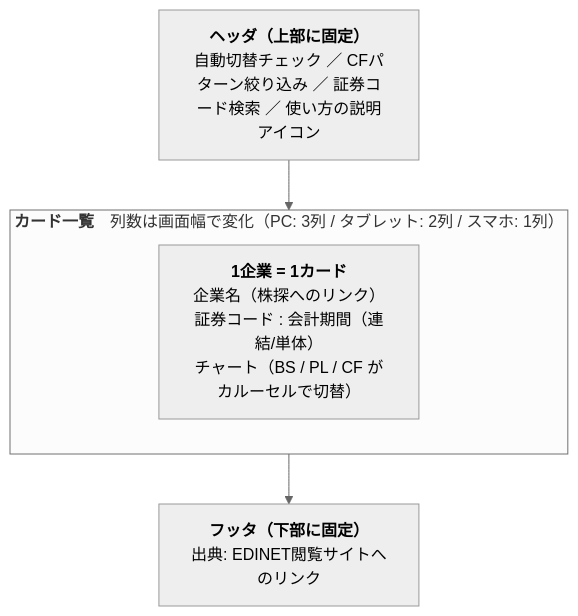
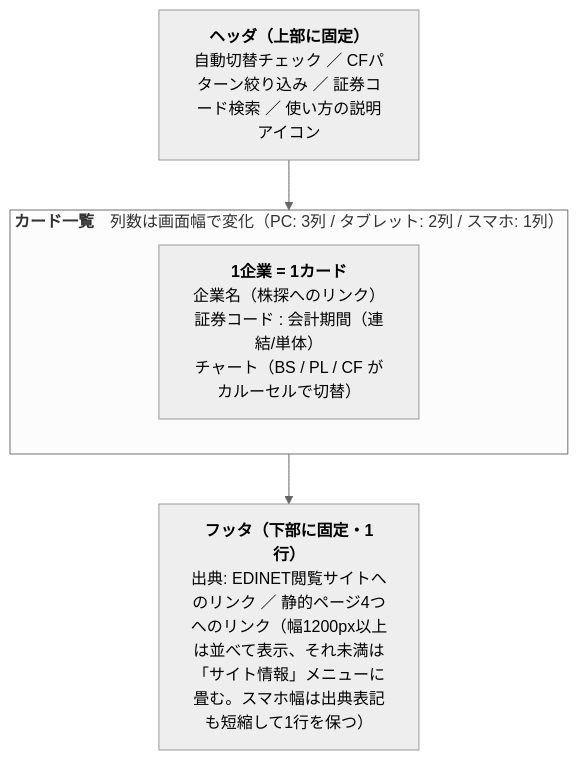
One commit to shin4488/financial-statement changed the diagram in docs/guide/02_product.md. Above: the diagram before and after it, drawn with Mermaid (neutral theme). The commit also changed other lines of this file and 1 other file, not shown here.

````diff
--- a/docs/guide/02_product.md
+++ b/docs/guide/02_product.md
@@ -17,9 +17,9 @@
 ```mermaid
 flowchart TB
     Header["<b>ヘッダ（上部に固定）</b><br>自動切替チェック ／ CFパターン絞り込み ／ 証券コード検索 ／ 使い方の説明アイコン"]
     subgraph Cards["<b>カード一覧</b>　列数は画面幅で変化（PC: 3列 / タブレット: 2列 / スマホ: 1列）"]
         Card["<b>1企業 = 1カード</b><br>企業名（株探へのリンク）<br>証券コード : 会計期間（連結/単体）<br>チャート（BS / PL / CF がカルーセルで切替）"]
     end
-    Footer["<b>フッタ（下部に固定）</b><br>出典: EDINET閲覧サイトへのリンク"]
+    Footer["<b>フッタ（下部に固定・1行）</b><br>出典: EDINET閲覧サイトへのリンク ／ 静的ページ4つへのリンク（幅1200px以上は並べて表示、それ未満は「サイト情報」メニューに畳む。スマホ幅は出典表記も短縮して1行を保つ）"]
     Header --> Cards --> Footer
 ```
````
